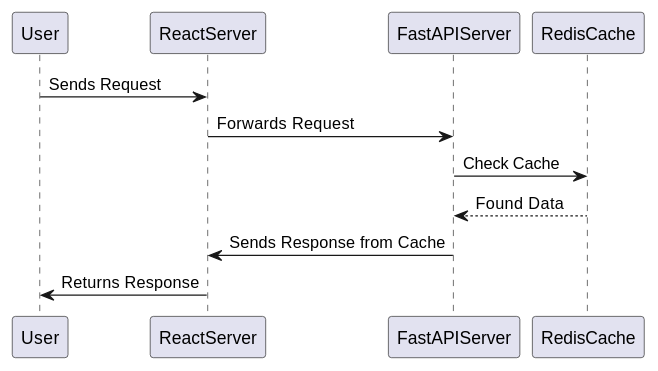
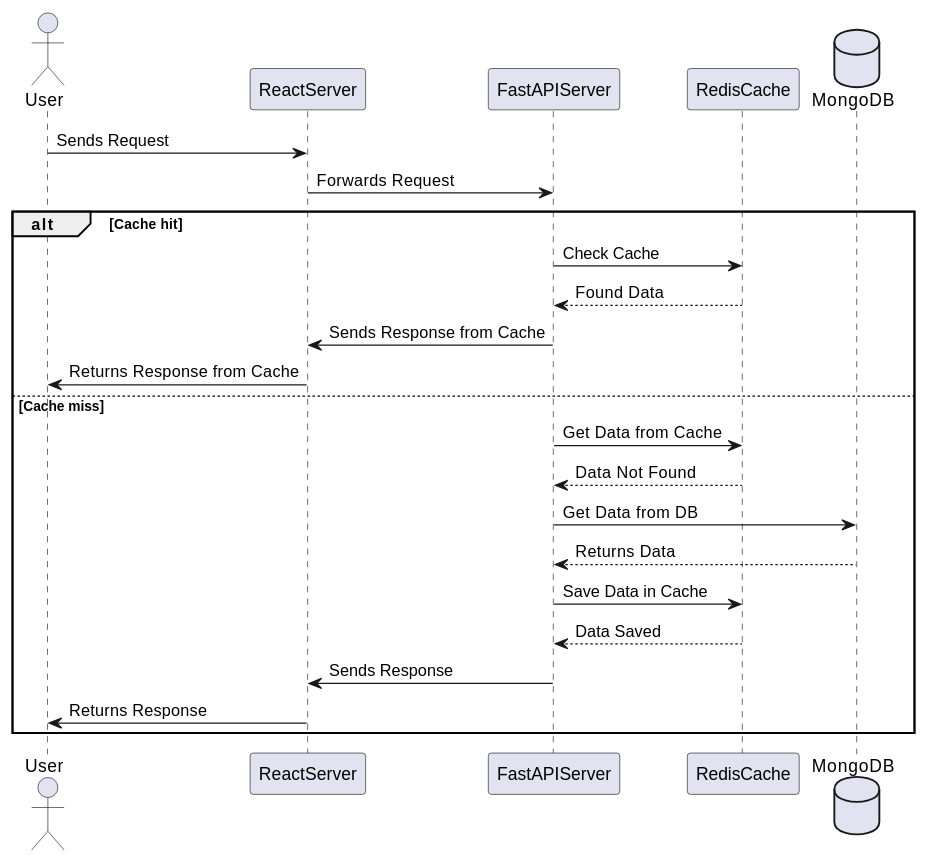
The first of 2 diagrams in hugo/content/posts/chatgpt-airprm-sequence-diagrams/index.md (antoinebou12/CV), drawn with PlantUML before and after one commit. The commit also changed other lines of this file and 79 other files, not shown here.

````diff
--- a/hugo/content/posts/chatgpt-airprm-sequence-diagrams/index.md
+++ b/hugo/content/posts/chatgpt-airprm-sequence-diagrams/index.md
@@ -35,10 +69,28 @@
 ```plantuml
 @startuml
-User -> ReactServer: Sends Request
-ReactServer -> FastAPIServer: Forwards Request
-FastAPIServer -> RedisCache: Check Cache
-RedisCache --> FastAPIServer: Found Data
-FastAPIServer -> ReactServer: Sends Response from Cache
-ReactServer -> User: Returns Response
+actor User
+participant "ReactServer" as RS
+participant "FastAPIServer" as API
+participant "RedisCache" as R
+database "MongoDB" as M
+
+User -> RS: Sends Request
+RS -> API: Forwards Request
+
+alt Cache hit
+  API -> R: Check Cache
+  R --> API: Found Data
+  API -> RS: Sends Response from Cache
+  RS -> User: Returns Response from Cache
+else Cache miss
+  API -> R: Get Data from Cache
+  R --> API: Data Not Found
+  API -> M: Get Data from DB
+  M --> API: Returns Data
+  API -> R: Save Data in Cache
+  R --> API: Data Saved
+  API -> RS: Sends Response
+  RS -> User: Returns Response
+end
 @enduml
 ```
````
